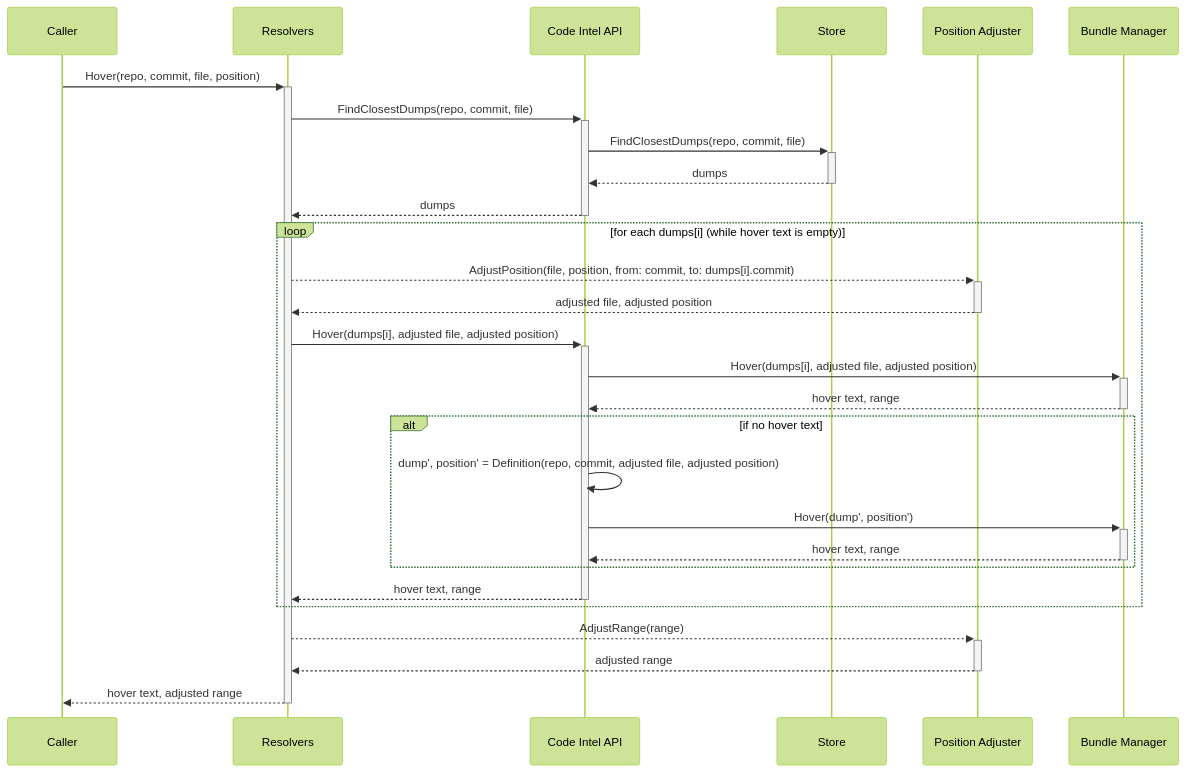
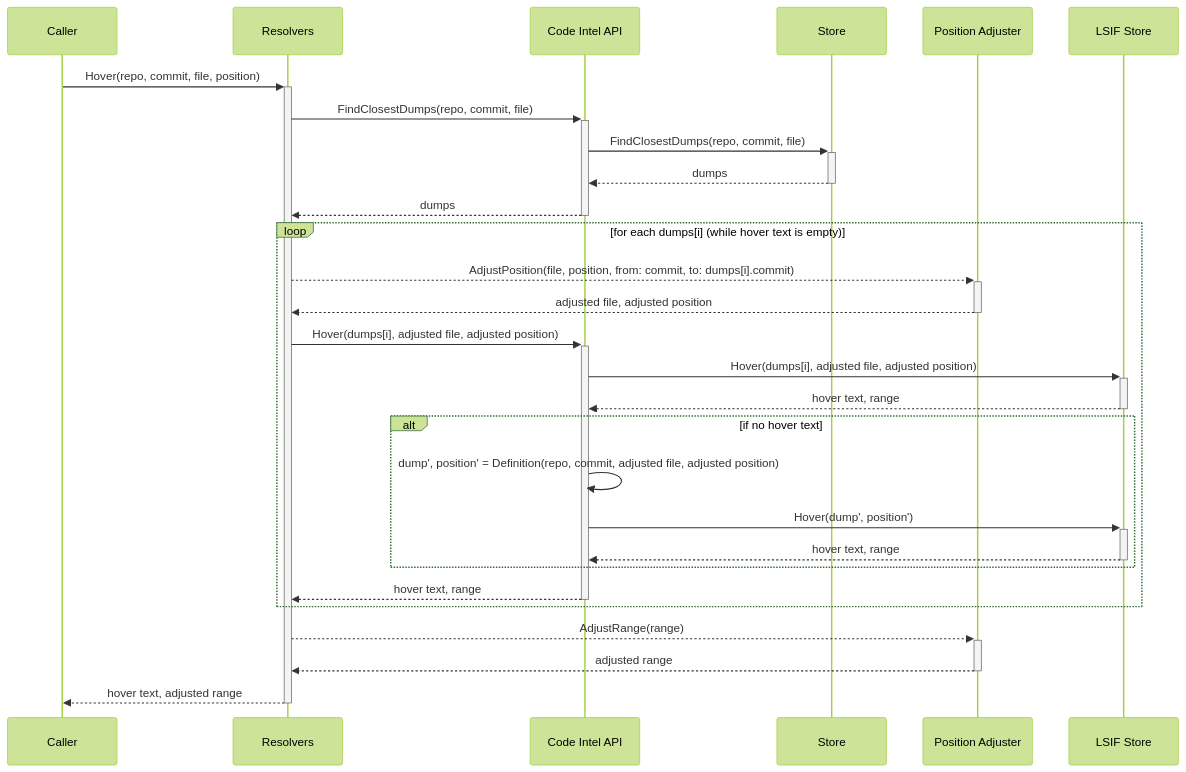
The diagram in doc/dev/background-information/codeintel/diagrams/hover.mermaid (sourcegraph/sourcegraph-public-snapshot), drawn with Mermaid (forest theme) before and after one commit. The commit also changed 14 other files, not shown here.

Commit message:
doc: Update codeintel sequence diagrams

```diff
--- a/doc/dev/background-information/codeintel/diagrams/hover.mermaid
+++ b/doc/dev/background-information/codeintel/diagrams/hover.mermaid
@@ -1,26 +1,26 @@
 sequenceDiagram
   Caller          ->>+ Resolvers: Hover(repo, commit, file, position)
   Resolvers       ->>+ Code Intel API: FindClosestDumps(repo, commit, file)
   Code Intel API  ->>+ Store: FindClosestDumps(repo, commit, file)
   Store          -->>- Code Intel API: dumps
   Code Intel API -->>- Resolvers: dumps
 
   loop for each dumps[i] (while hover text is empty)
     Resolvers         -->>+ Position Adjuster: AdjustPosition(file, position, from: commit, to: dumps[i].commit)
     Position Adjuster -->>- Resolvers: adjusted file, adjusted position
     Resolvers          ->>+ Code Intel API: Hover(dumps[i], adjusted file, adjusted position)
-    Code Intel API     ->>+ Bundle Manager: Hover(dumps[i], adjusted file, adjusted position)
-    Bundle Manager    -->>- Code Intel API: hover text, range
+    Code Intel API     ->>+ LSIF Store: Hover(dumps[i], adjusted file, adjusted position)
+    LSIF Store        -->>- Code Intel API: hover text, range
 
     alt if no hover text
       Code Intel API  ->>  Code Intel API: dump', position' = Definition(repo, commit, adjusted file, adjusted position)
-      Code Intel API  ->>+ Bundle Manager: Hover(dump', position')
-      Bundle Manager -->>- Code Intel API: hover text, range
+      Code Intel API  ->>+ LSIF Store: Hover(dump', position')
+      LSIF Store     -->>- Code Intel API: hover text, range
     end
 
     Code Intel API -->>- Resolvers: hover text, range
   end
 
   Resolvers         -->>+ Position Adjuster: AdjustRange(range)
   Position Adjuster -->>- Resolvers: adjusted range
   Resolvers         -->>- Caller: hover text, adjusted range
```
